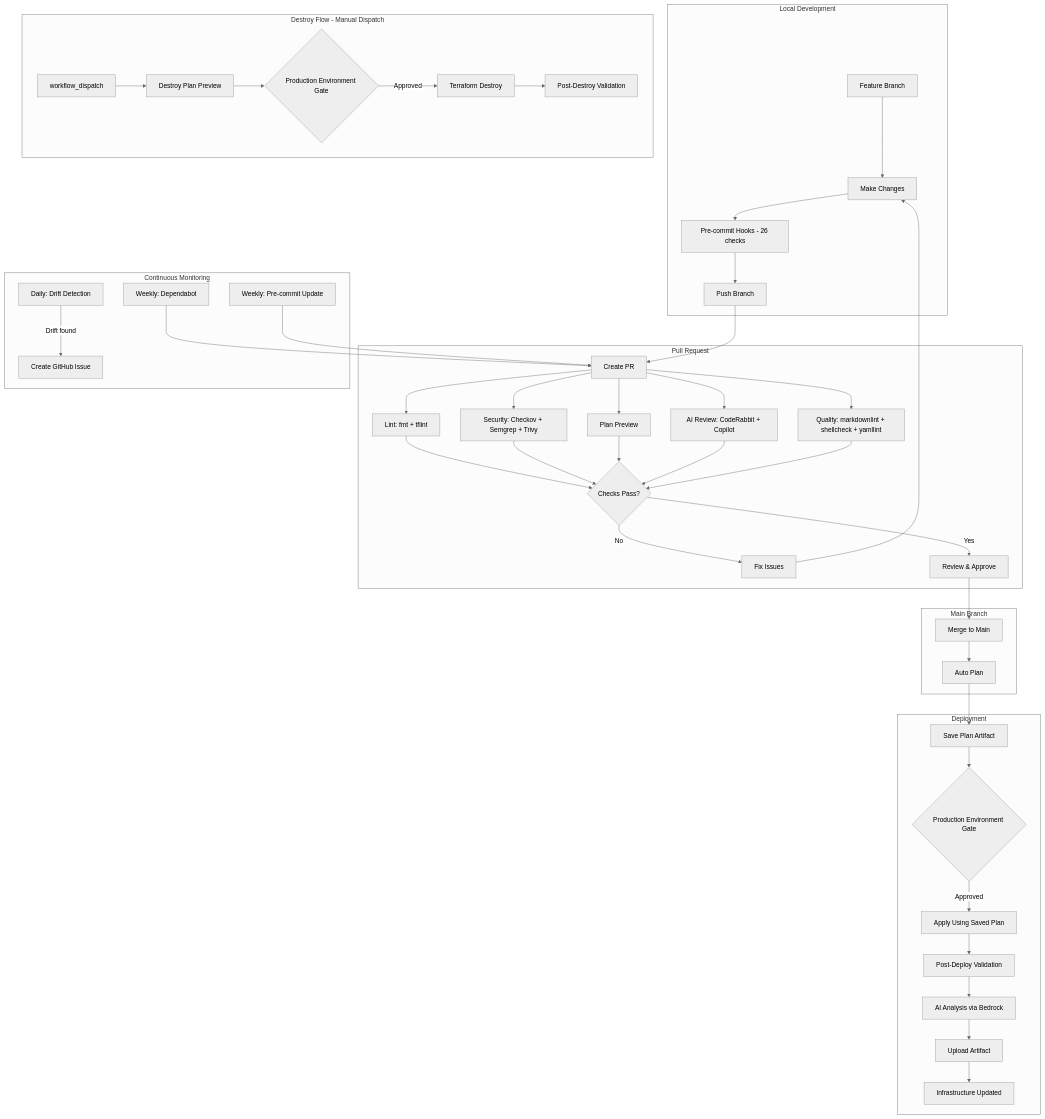
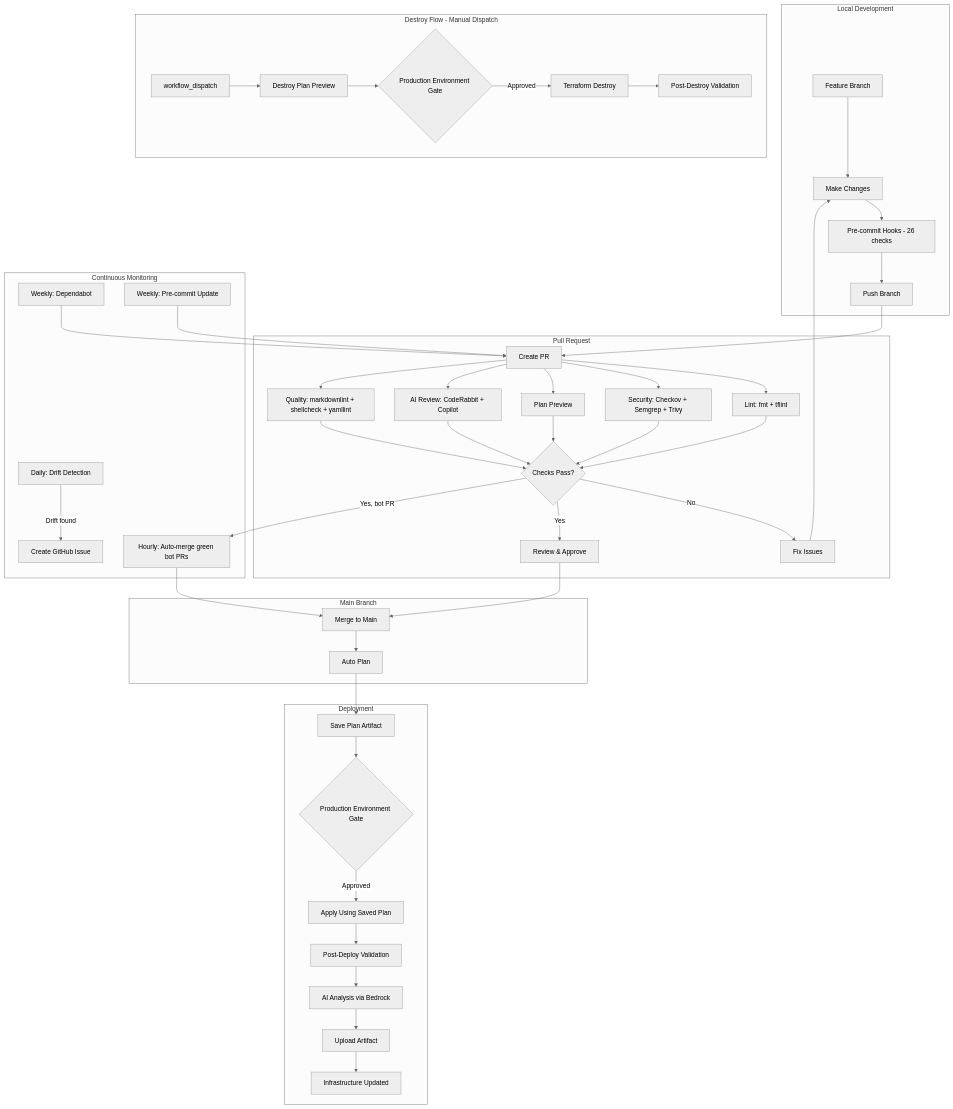
One commit to gamaware/aws-organization-governance changed the second of 7 diagrams in docs/architecture.md. Above: the diagram before and after it, drawn with Mermaid (neutral theme). The commit also changed other lines of this file and 19 other files, not shown here.

````diff
--- a/docs/architecture.md
+++ b/docs/architecture.md
@@ -143,49 +143,51 @@
 ```mermaid
 graph TB
     subgraph "Local Development"
         A[Feature Branch] --> B[Make Changes]
         B --> C[Pre-commit Hooks - 26 checks]
         C --> D[Push Branch]
     end
 
     subgraph "Pull Request"
         D --> E[Create PR]
         E --> F1[Lint: fmt + tflint]
         E --> F2[Security: Checkov + Semgrep + Trivy]
         E --> F3[Plan Preview]
         E --> F4[AI Review: CodeRabbit + Copilot]
         E --> F5[Quality: markdownlint + shellcheck + yamllint]
         F1 & F2 & F3 & F4 & F5 --> G{Checks Pass?}
         G -->|No| H[Fix Issues]
         H --> B
         G -->|Yes| I[Review & Approve]
     end
 
     subgraph "Main Branch"
         I --> J[Merge to Main]
         J --> K[Auto Plan]
     end
 
     subgraph "Deployment"
         K --> L[Save Plan Artifact]
         L --> M{Production Environment Gate}
         M -->|Approved| N[Apply Using Saved Plan]
         N --> O[Post-Deploy Validation]
         O --> P[AI Analysis via Bedrock]
         P --> Q1[Upload Artifact]
         Q1 --> Q2[Infrastructure Updated]
     end
 
     subgraph "Destroy Flow - Manual Dispatch"
         D1[workflow_dispatch] --> D2[Destroy Plan Preview]
         D2 --> D3{Production Environment Gate}
         D3 -->|Approved| D4[Terraform Destroy]
         D4 --> D5[Post-Destroy Validation]
     end
 
     subgraph "Continuous Monitoring"
         M1[Daily: Drift Detection] -->|Drift found| M2[Create GitHub Issue]
         M3[Weekly: Dependabot] --> E
         M4[Weekly: Pre-commit Update] --> E
+        G -->|Yes, bot PR| M5[Hourly: Auto-merge green bot PRs]
+        M5 --> J
     end
 ```
````
